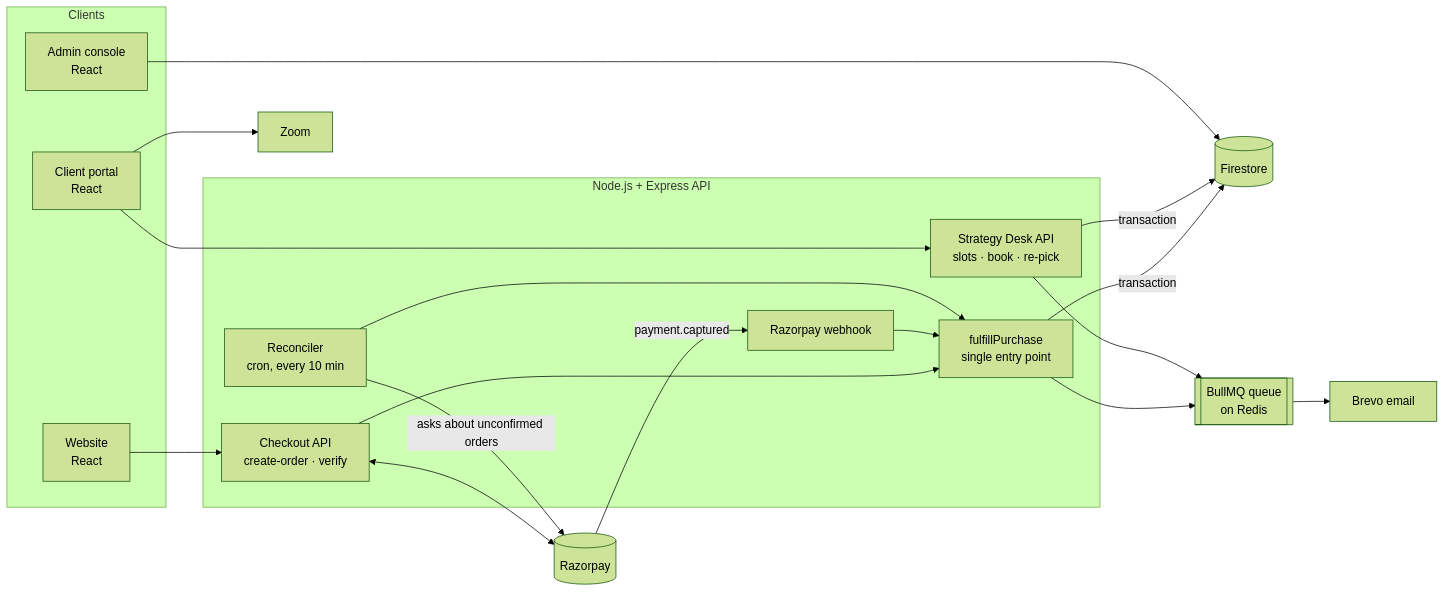
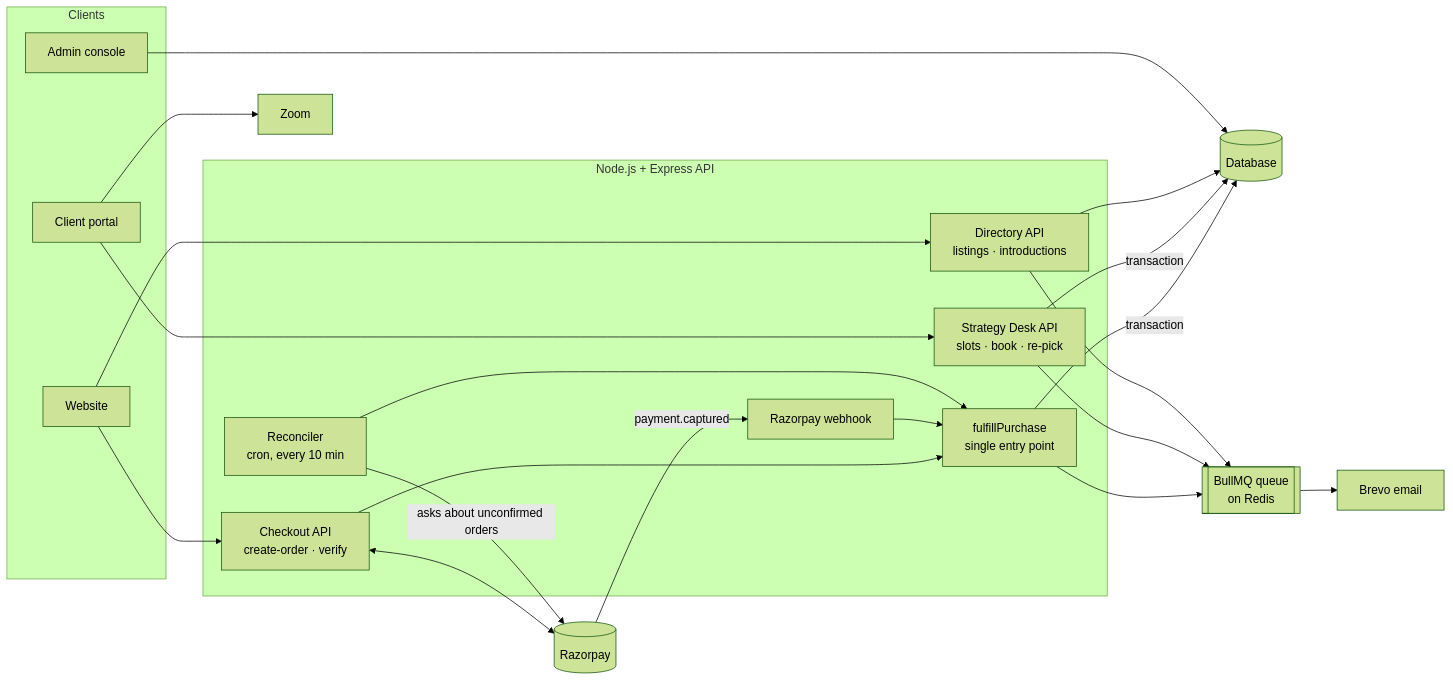
Before and after one commit to Anuragkumar-687/bizowl-membership-case-study: the first of 2 diagrams in README.md, drawn with Mermaid (forest theme). The commit also changed other lines of this file and 5 other files, not shown here.

````diff
--- a/README.md
+++ b/README.md
@@ -28,38 +39,42 @@
 ```mermaid
 flowchart LR
     subgraph Clients
-        W[Website<br/>React]
-        P[Client portal<br/>React]
-        A[Admin console<br/>React]
+        W[Website]
+        P[Client portal]
+        A[Admin console]
     end
 
     subgraph Backend["Node.js + Express API"]
         PAY[Checkout API<br/>create-order · verify]
         WH[Razorpay webhook]
         REC[Reconciler<br/>cron, every 10 min]
         FUL[fulfillPurchase<br/>single entry point]
         DESK[Strategy Desk API<br/>slots · book · re-pick]
+        DIR[Directory API<br/>listings · introductions]
     end
 
     RZ[(Razorpay)]
-    FS[(Firestore)]
+    DB[(Database)]
     Q[[BullMQ queue<br/>on Redis]]
     MAIL[Brevo email]
     ZOOM[Zoom]
 
     W --> PAY
+    W --> DIR
     PAY <--> RZ
     RZ -- payment.captured --> WH
     REC -- asks about unconfirmed orders --> RZ
     PAY --> FUL
     WH --> FUL
     REC --> FUL
-    FUL -- transaction --> FS
+    FUL -- transaction --> DB
     FUL --> Q --> MAIL
 
     P --> DESK
-    DESK -- transaction --> FS
+    DESK -- transaction --> DB
     DESK --> Q
+    DIR --> DB
+    DIR --> Q
     P --> ZOOM
-    A --> FS
+    A --> DB
 ```
````
